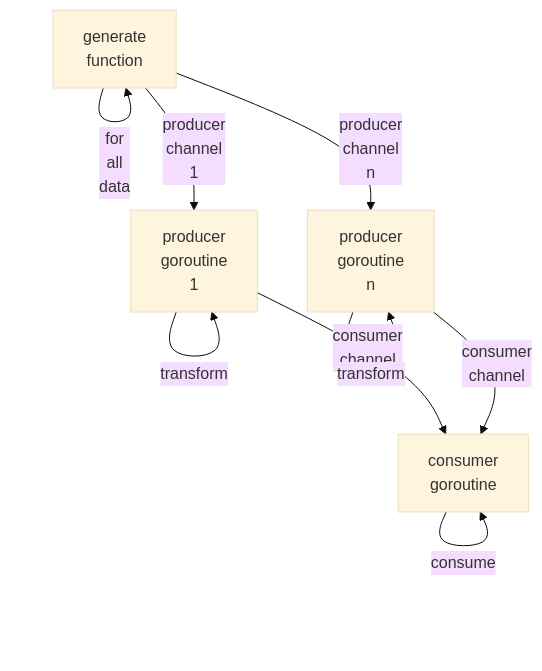
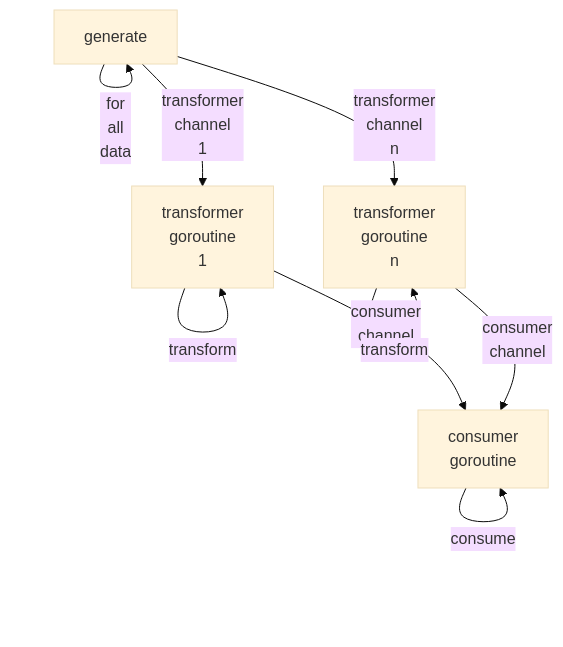
Before and after one commit to parasaurolophus/go: the diagram in README.md, drawn with Mermaid (base theme). The commit also changed other lines of this file and 2 other files, not shown here.

````diff
--- a/README.md
+++ b/README.md
@@ -9,17 +9,17 @@
 ```mermaid
 graph TB
 
-    generate[generate<br>function]
-    producer1[producer<br>goroutine<br>1]
-    producern[producer<br>goroutine<br>n]
+    generate[generate]
+    transformer1[transformer<br>goroutine<br>1]
+    transformern[transformer<br>goroutine<br>n]
     consumer[consumer<br>goroutine]
 
     generate -- for<br>all<br>data --> generate
-    generate -- producer<br>channel<br>1 --> producer1
-    producer1 -- transform --> producer1
-    producer1 -- consumer<br>channel --> consumer
-    generate -- producer<br>channel<br>n --> producern
-    producern -- transform --> producern
-    producern -- consumer<br>channel --> consumer
+    generate -- transformer<br>channel<br>1 --> transformer1
+    transformer1 -- transform --> transformer1
+    transformer1 -- consumer<br>channel --> consumer
+    generate -- transformer<br>channel<br>n --> transformern
+    transformern -- transform --> transformern
+    transformern -- consumer<br>channel --> consumer
     consumer -- consume --> consumer
 ```
````
